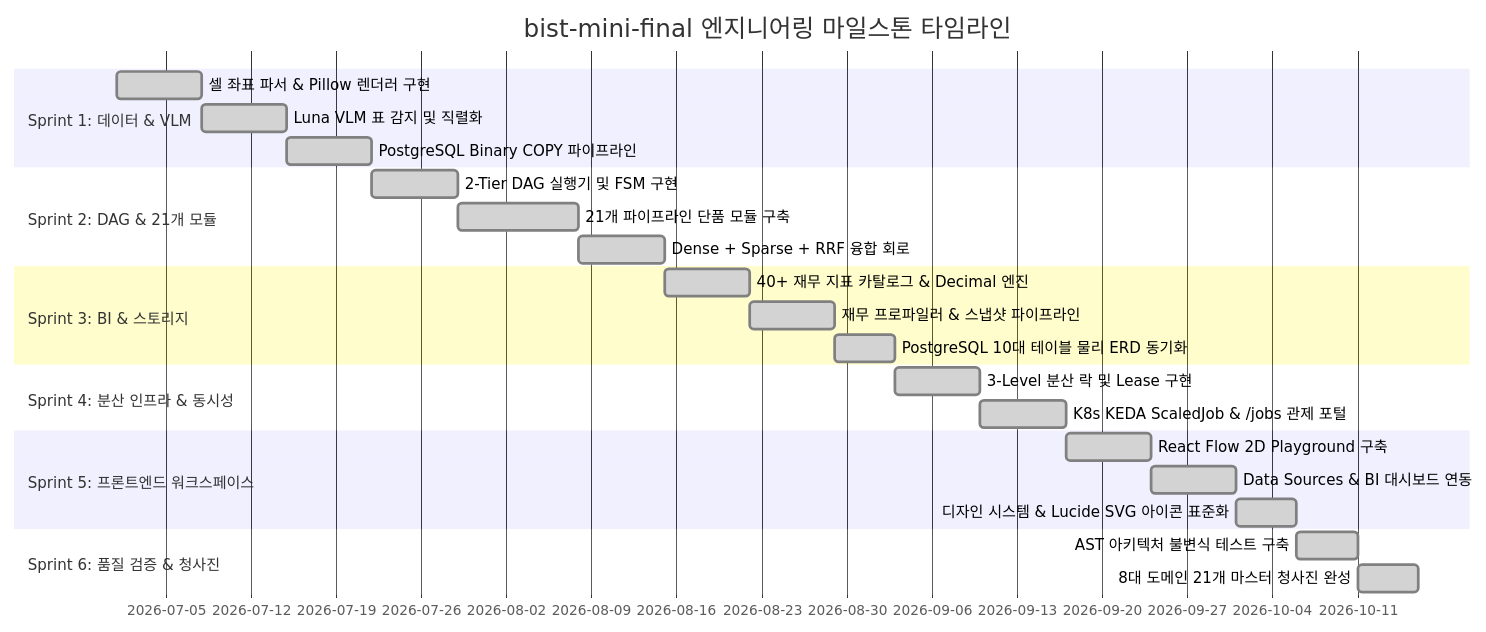
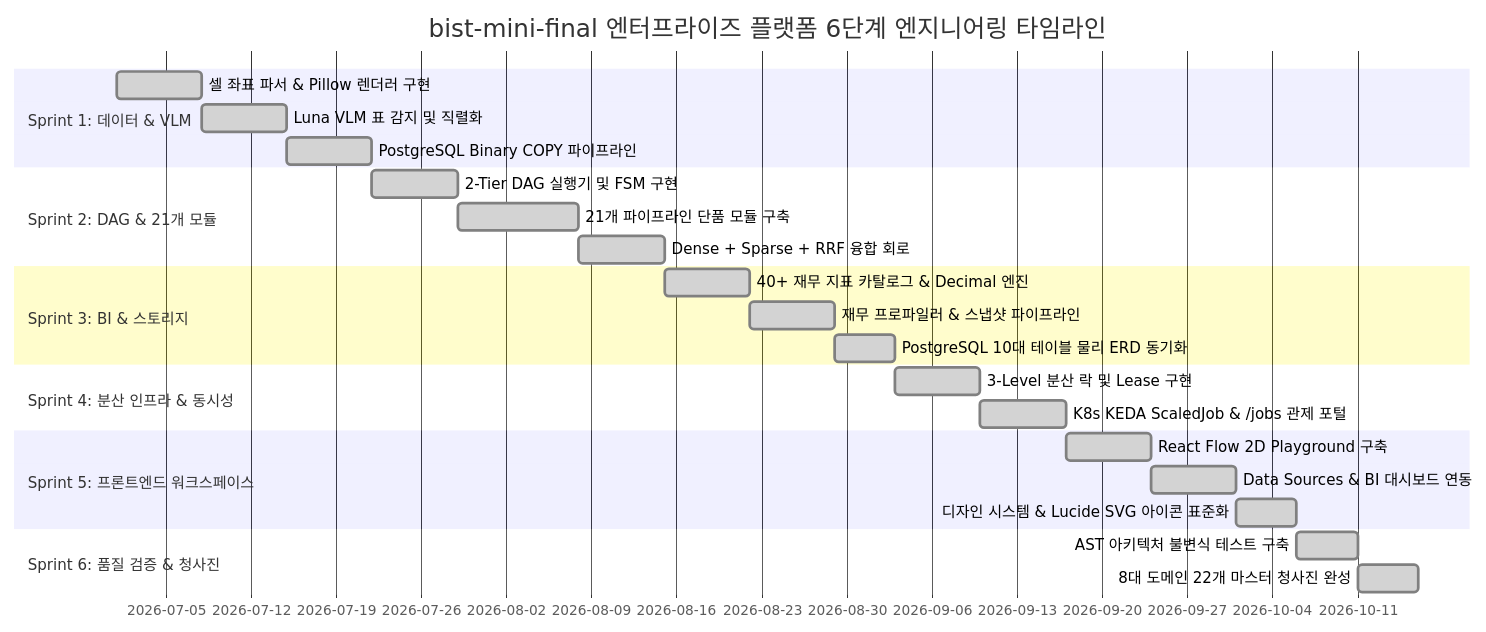
The third of 5 diagrams in docs/README.md (bist-mini-final/bist-mini-final), drawn with Mermaid before and after one commit. The commit also changed other lines of this file and 1 other file, not shown here.

Commit message:
docs: add comprehensive Architecture Decision Rationale and 6 Empirical Hypothesis Validation Experiments (BP-001 & README)

````diff
--- a/docs/README.md
+++ b/docs/README.md
@@ -106,27 +121,27 @@
 ```mermaid
 gantt
-    title bist-mini-final 엔지니어링 마일스톤 타임라인
+    title bist-mini-final 엔터프라이즈 플랫폼 6단계 엔지니어링 타임라인
     dateFormat  YYYY-MM-DD
     section Sprint 1: 데이터 & VLM
     셀 좌표 파서 & Pillow 렌더러 구현       :done, s1_1, 2026-07-01, 7d
     Luna VLM 표 감지 및 직렬화          :done, s1_2, after s1_1, 7d
     PostgreSQL Binary COPY 파이프라인    :done, s1_3, after s1_2, 7d
     section Sprint 2: DAG & 21개 모듈
     2-Tier DAG 실행기 및 FSM 구현         :done, s2_1, after s1_3, 7d
     21개 파이프라인 단품 모듈 구축        :done, s2_2, after s2_1, 10d
     Dense + Sparse + RRF 융합 회로      :done, s2_3, after s2_2, 7d
     section Sprint 3: BI & 스토리지
     40+ 재무 지표 카탈로그 & Decimal 엔진 :done, s3_1, after s2_3, 7d
     재무 프로파일러 & 스냅샷 파이프라인   :done, s3_2, after s3_1, 7d
     PostgreSQL 10대 테이블 물리 ERD 동기화:done, s3_3, after s3_2, 5d
     section Sprint 4: 분산 인프라 & 동시성
     3-Level 분산 락 및 Lease 구현        :done, s4_1, after s3_3, 7d
     K8s KEDA ScaledJob & /jobs 관제 포털  :done, s4_2, after s4_1, 7d
     section Sprint 5: 프론트엔드 워크스페이스
     React Flow 2D Playground 구축        :done, s5_1, after s4_2, 7d
     Data Sources & BI 대시보드 연동      :done, s5_2, after s5_1, 7d
     디자인 시스템 & Lucide SVG 아이콘 표준화 :done, s5_3, after s5_2, 5d
     section Sprint 6: 품질 검증 & 청사진
     AST 아키텍처 불변식 테스트 구축       :done, s6_1, after s5_3, 5d
-    8대 도메인 21개 마스터 청사진 완성    :done, s6_2, after s6_1, 5d
+    8대 도메인 22개 마스터 청사진 완성    :done, s6_2, after s6_1, 5d
 ```
````
